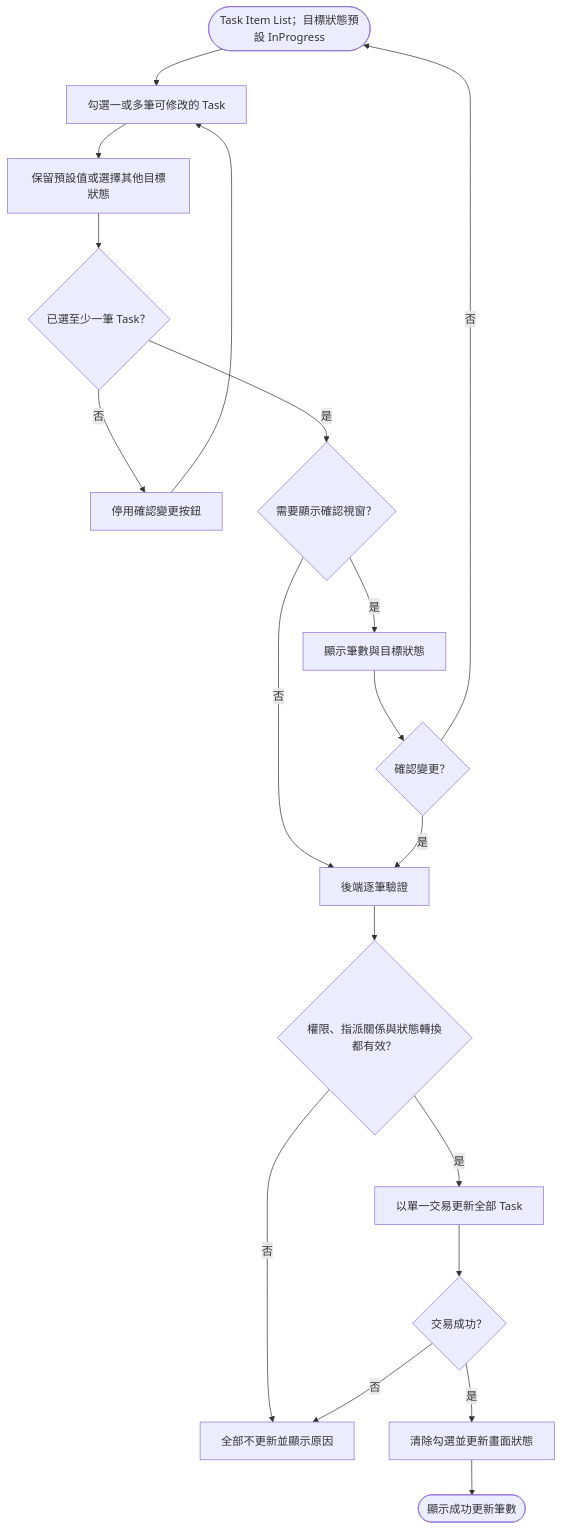
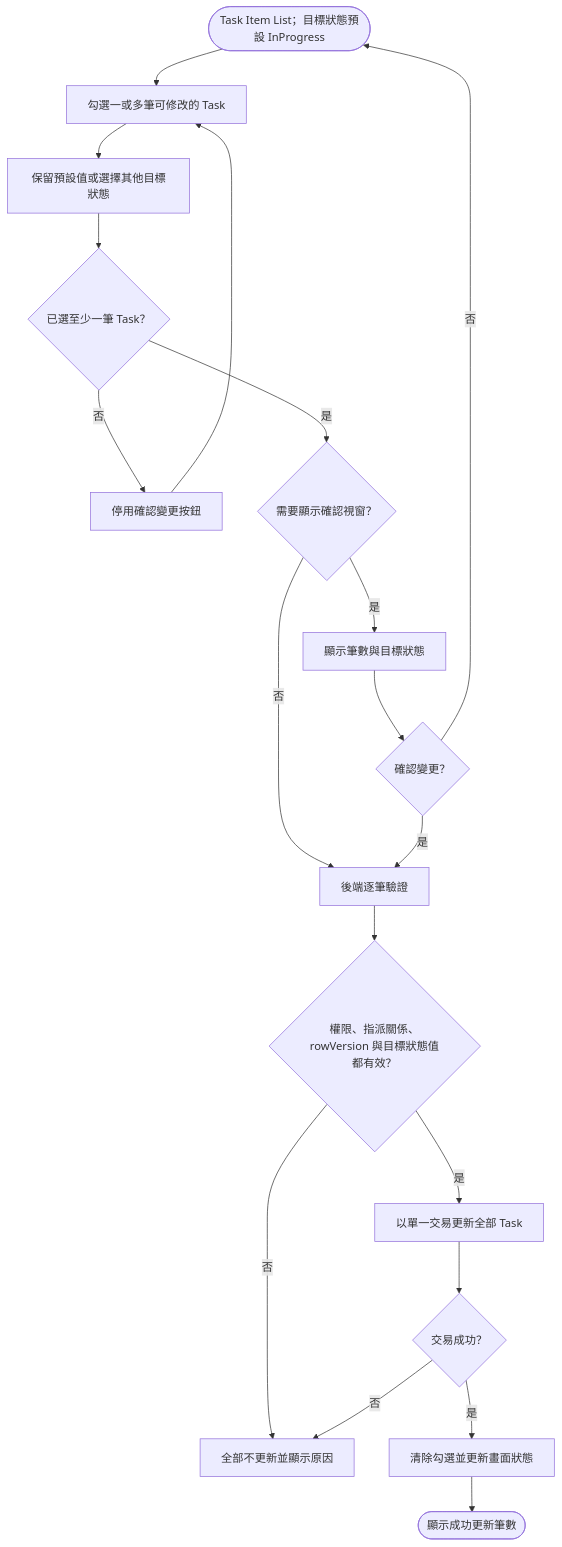
The diagram in Flowchart/批次修改 Task 狀態(前台使用者).md (JJDing-Louis/ProjectManagementWeb_Spec), drawn with Mermaid before and after one commit. The commit also changed other lines of this file and 13 other files, not shown here.

````diff
--- a/Flowchart/批次修改 Task 狀態(前台使用者).md
+++ b/Flowchart/批次修改 Task 狀態(前台使用者).md
@@ -3,21 +3,21 @@
 ```mermaid
 flowchart TB
     batchStart([Task Item List；目標狀態預設 InProgress]) --> selectEditable[勾選一或多筆可修改的 Task]
     selectEditable --> chooseStatus[保留預設值或選擇其他目標狀態]
     chooseStatus --> batchReady{已選至少一筆 Task？}
     batchReady -->|否| disableSubmit[停用確認變更按鈕]
     disableSubmit --> selectEditable
     batchReady -->|是| needConfirmation{需要顯示確認視窗？}
     needConfirmation -->|是| showBatchSummary[顯示筆數與目標狀態]
     showBatchSummary --> confirmBatch{確認變更？}
     confirmBatch -->|否| batchStart
     needConfirmation -->|否| validateBatch[後端逐筆驗證]
     confirmBatch -->|是| validateBatch
-    validateBatch --> batchValid{權限、指派關係與狀態轉換都有效？}
+    validateBatch --> batchValid{權限、指派關係、rowVersion 與目標狀態值都有效？}
     batchValid -->|否| rollbackBatch[全部不更新並顯示原因]
     batchValid -->|是| updateBatch[以單一交易更新全部 Task]
     updateBatch --> batchSucceeded{交易成功？}
     batchSucceeded -->|否| rollbackBatch
     batchSucceeded -->|是| refreshBatch[清除勾選並更新畫面狀態]
     refreshBatch --> batchFinished([顯示成功更新筆數])
 ```
````
